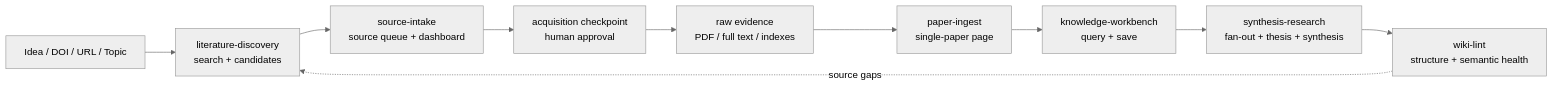
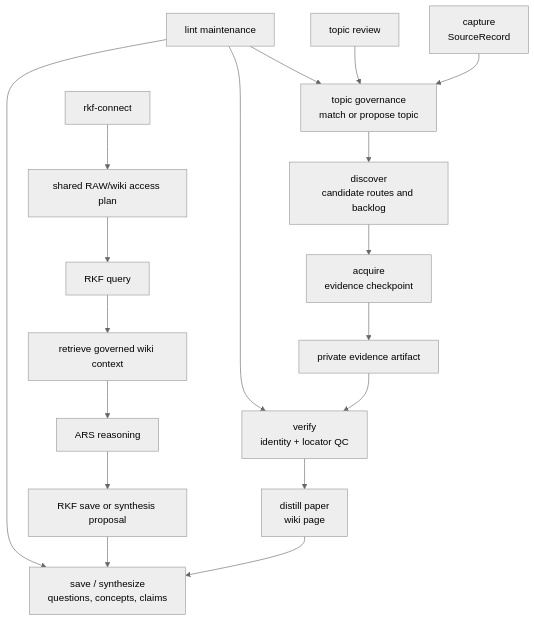
One commit to ChenHau-Lan/ResearchWiki changed the diagram in docs/ARCHITECTURE.md. Above: the diagram before and after it, drawn with Mermaid (neutral theme). The commit also changed other lines of this file and 261 other files, not shown here.

````diff
--- a/docs/ARCHITECTURE.md
+++ b/docs/ARCHITECTURE.md
@@ -9,12 +27,20 @@
 ```mermaid
-flowchart LR
-    A["Idea / DOI / URL / Topic"] --> B["literature-discovery<br/>search + candidates"]
-    B --> C["source-intake<br/>source queue + dashboard"]
-    C --> D["acquisition checkpoint<br/>human approval"]
-    D --> E["raw evidence<br/>PDF / full text / indexes"]
-    E --> F["paper-ingest<br/>single-paper page"]
-    F --> G["knowledge-workbench<br/>query + save"]
-    G --> H["synthesis-research<br/>fan-out + thesis + synthesis"]
-    H --> I["wiki-lint<br/>structure + semantic health"]
-    I -. "source gaps" .-> B
+flowchart TD
+    A["capture<br/>SourceRecord"] --> B["topic governance<br/>match or propose topic"]
+    B --> C["discover<br/>candidate routes and backlog"]
+    C --> D["acquire<br/>evidence checkpoint"]
+    D --> E["private evidence artifact"]
+    E --> F["verify<br/>identity + locator QC"]
+    F --> G["distill paper<br/>wiki page"]
+    G --> H["save / synthesize<br/>questions, concepts, claims"]
+    I["RKF query"] --> J["retrieve governed wiki context"]
+    J --> K["ARS reasoning"]
+    K --> L["RKF save or synthesis proposal"]
+    L --> H
+    M["lint maintenance"] --> B
+    M --> F
+    M --> H
+    N["topic review"] --> B
+    O["rkf-connect"] --> P["shared RAW/wiki access plan"]
+    P --> I
 ```
````
